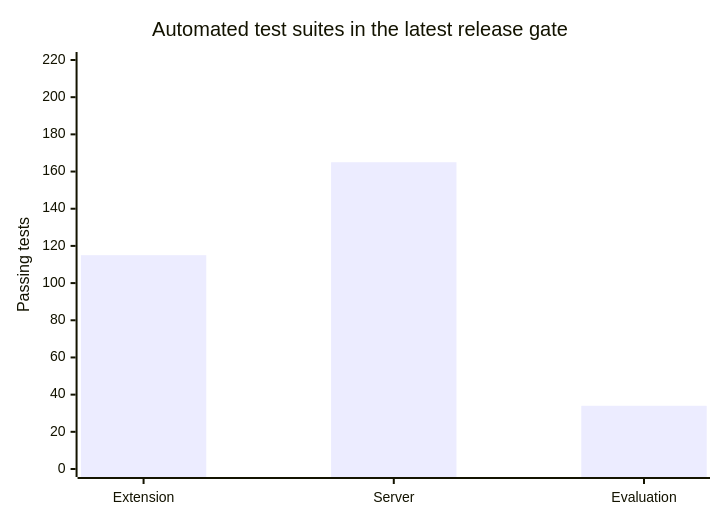
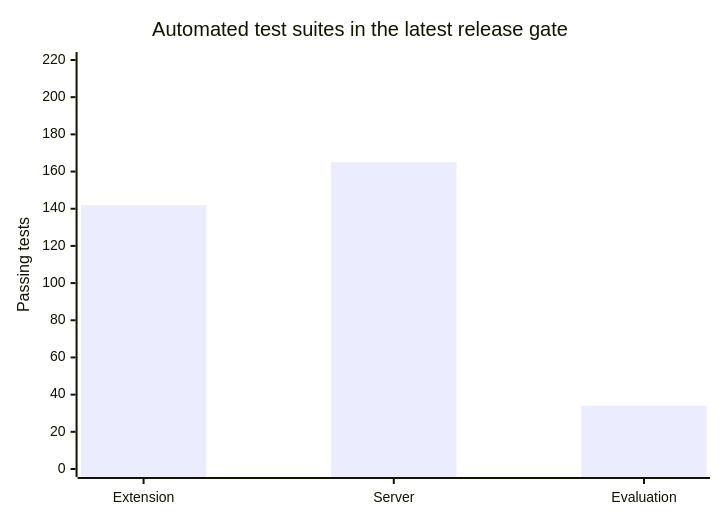
Before and after one commit to Rohinth-S/NAYAN: the seventh of 7 diagrams in README.md, drawn with Mermaid. The commit also changed 2 other files, not shown here.

Commit message:
docs: synchronize release test evidence

````diff
--- a/README.md
+++ b/README.md
@@ -781,7 +781,7 @@
 ```mermaid
 xychart-beta
     title "Automated test suites in the latest release gate"
     x-axis ["Extension", "Server", "Evaluation"]
     y-axis "Passing tests" 0 --> 220
-    bar [115, 165, 34]
+    bar [142, 165, 34]
 ```
````
